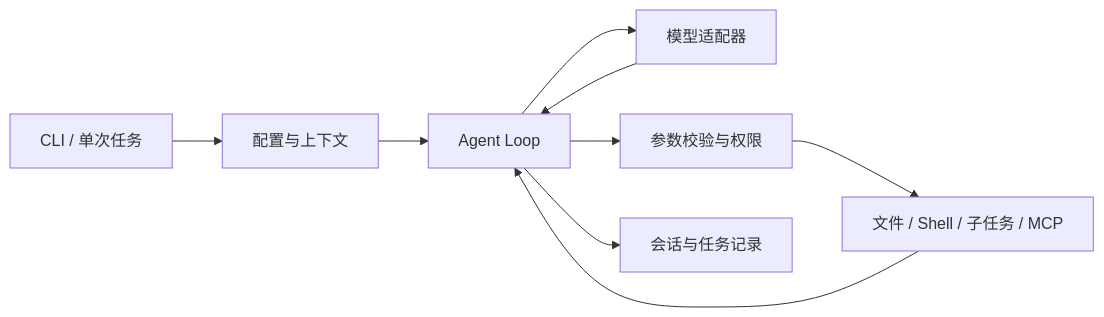
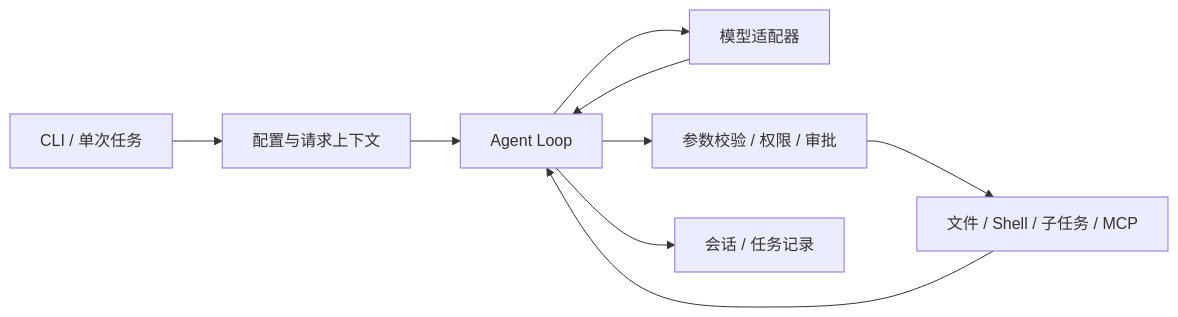
Before and after one commit to yuhangchen0812/personal-agent: the diagram in README.md, drawn with Mermaid. The commit also changed other lines of this file and 6 other files, not shown here.

````diff
--- a/README.md
+++ b/README.md
@@ -67,11 +79,11 @@
 ```mermaid
 flowchart LR
-    CLI[CLI / 单次任务] --> Context[配置与上下文]
+    CLI[CLI / 单次任务] --> Context[配置与请求上下文]
     Context --> Loop[Agent Loop]
     Loop --> Model[模型适配器]
     Model --> Loop
-    Loop --> Gate[参数校验与权限]
+    Loop --> Gate[参数校验 / 权限 / 审批]
     Gate --> Tools[文件 / Shell / 子任务 / MCP]
     Tools --> Loop
-    Loop --> State[会话与任务记录]
+    Loop --> State[会话 / 任务记录]
 ```
````
